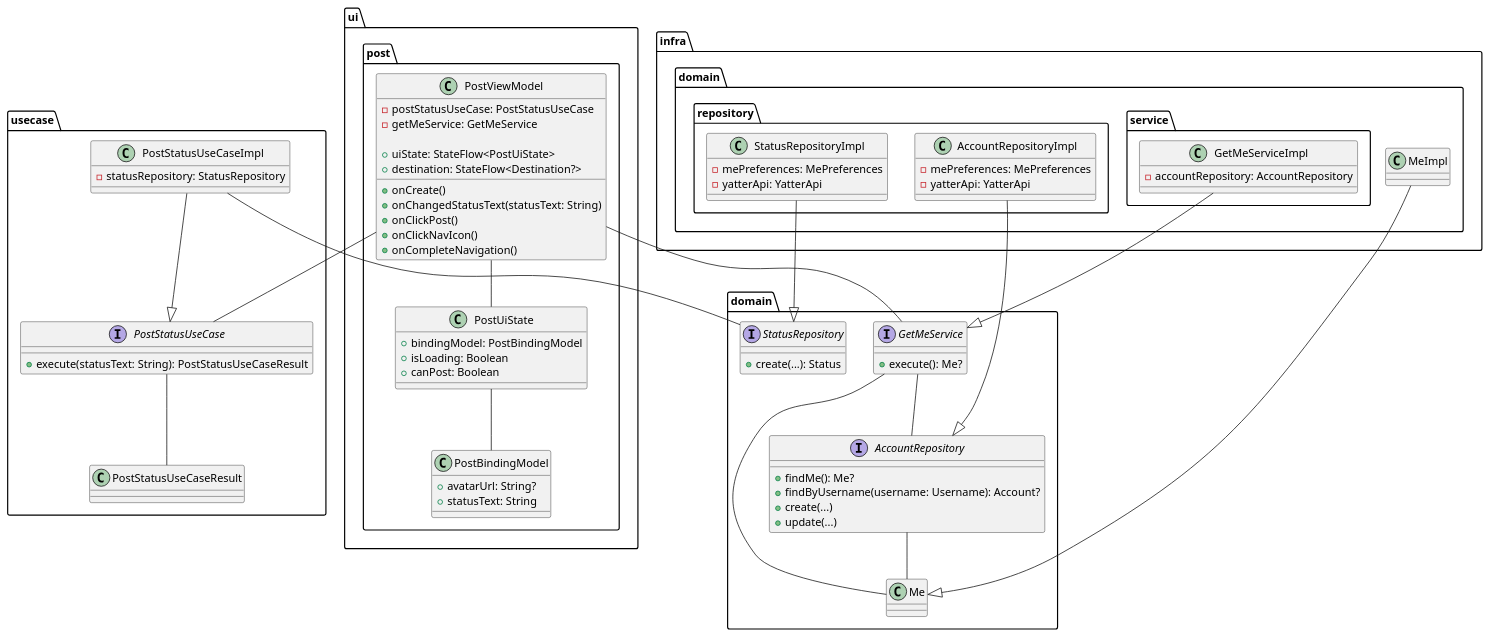
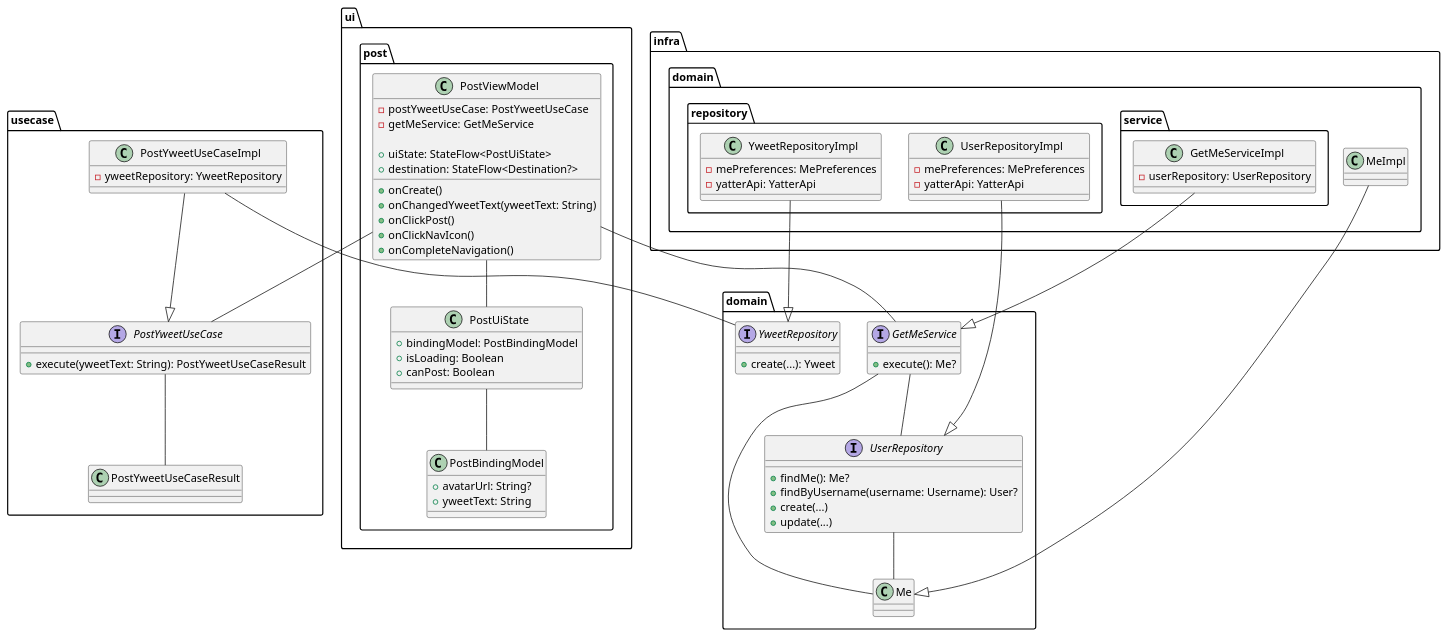
One commit to suzukibelltree/Yatter2025-Internship changed the diagram in Yatter/uml/tweet.puml. Above: the diagram before and after it, drawn with PlantUML.

Commit message:
puml編集

```diff
--- a/Yatter/uml/tweet.puml
+++ b/Yatter/uml/tweet.puml
@@ -1,101 +1,101 @@
 @startuml
 
 package domain {
   class Me
-  interface AccountRepository {
+  interface UserRepository {
     + findMe(): Me?
-    + findByUsername(username: Username): Account?
+    + findByUsername(username: Username): User?
     + create(...)
     + update(...)
   }
 
   interface GetMeService {
     + execute(): Me?
   }
 
-  interface StatusRepository {
-    + create(...): Status
+  interface YweetRepository {
+    + create(...): Yweet
   }
 }
 
 package infra {
   package domain {
     class MeImpl
     package repository {
-      class AccountRepositoryImpl {
+      class UserRepositoryImpl {
         - mePreferences: MePreferences
         - yatterApi: YatterApi
       }
 
-      class StatusRepositoryImpl {
+      class YweetRepositoryImpl {
         - mePreferences: MePreferences
         - yatterApi: YatterApi
       }
     }
     package service {
       class GetMeServiceImpl {
-        - accountRepository: AccountRepository
+        - userRepository: UserRepository
       }
     }
   }
 }
 
 package usecase {
-  interface PostStatusUseCase {
-    + execute(statusText: String): PostStatusUseCaseResult
+  interface PostYweetUseCase {
+    + execute(yweetText: String): PostYweetUseCaseResult
   }
 
-  class PostStatusUseCaseImpl {
-    - statusRepository: StatusRepository
+  class PostYweetUseCaseImpl {
+    - yweetRepository: YweetRepository
   }
 
-  class PostStatusUseCaseResult
+  class PostYweetUseCaseResult
 }
 
 package ui.post {
   class PostViewModel {
-    - postStatusUseCase: PostStatusUseCase
+    - postYweetUseCase: PostYweetUseCase
     - getMeService: GetMeService
 
     + uiState: StateFlow<PostUiState>
     + destination: StateFlow<Destination?>
 
     + onCreate()
-    + onChangedStatusText(statusText: String)
+    + onChangedYweetText(yweetText: String)
     + onClickPost()
     + onClickNavIcon()
     + onCompleteNavigation()
   }
 
   class PostUiState {
     + bindingModel: PostBindingModel
     + isLoading: Boolean
     + canPost: Boolean
   }
 
   class PostBindingModel {
     + avatarUrl: String?
-    + statusText: String
+    + yweetText: String
   }
 }
 
 MeImpl --|> Me
-AccountRepository -- Me
+UserRepository -- Me
 GetMeService -- Me
 
 GetMeServiceImpl --|> GetMeService
-AccountRepositoryImpl --|> AccountRepository
-StatusRepositoryImpl --|> StatusRepository
+UserRepositoryImpl --|> UserRepository
+YweetRepositoryImpl --|> YweetRepository
 
-GetMeService -- AccountRepository
+GetMeService -- UserRepository
 
-PostStatusUseCaseImpl --|> PostStatusUseCase
-PostStatusUseCase -- PostStatusUseCaseResult
-PostStatusUseCaseImpl -- StatusRepository
+PostYweetUseCaseImpl --|> PostYweetUseCase
+PostYweetUseCase -- PostYweetUseCaseResult
+PostYweetUseCaseImpl -- YweetRepository
 
 PostViewModel -- PostUiState
 PostUiState -- PostBindingModel
 
-PostViewModel -- PostStatusUseCase
+PostViewModel -- PostYweetUseCase
 PostViewModel -- GetMeService
 @enduml
```
